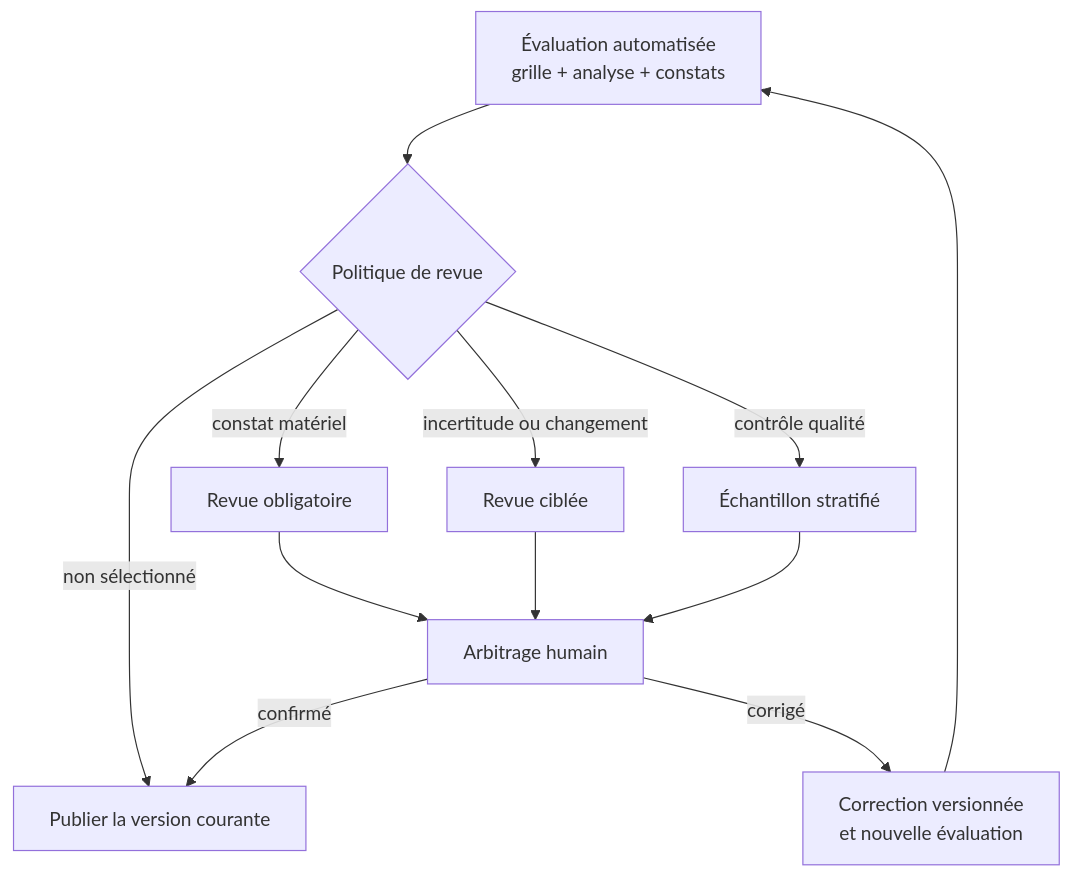
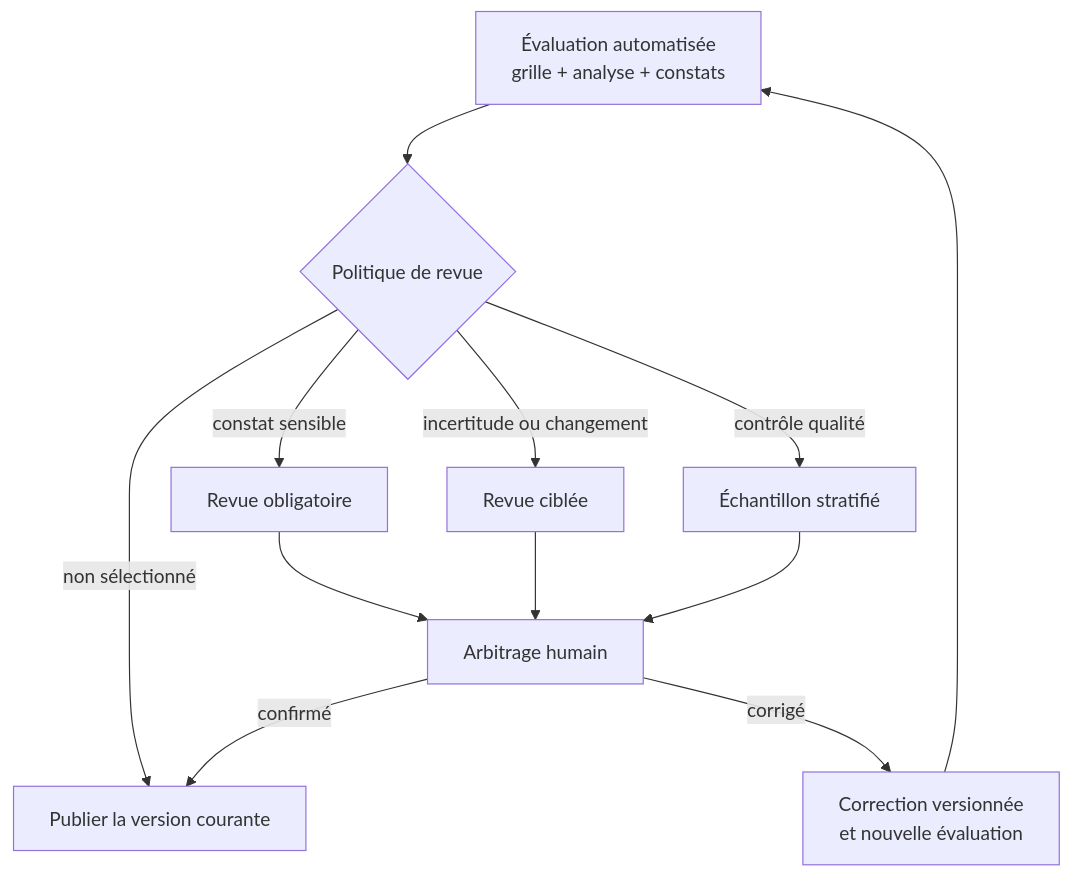
One commit to NickChaps/Open-AIRS changed the diagram in docs/fr/controle-qualite.md. Above: the diagram before and after it, drawn with Mermaid. The commit also changed other lines of this file and 58 other files, not shown here.

````diff
--- a/docs/fr/controle-qualite.md
+++ b/docs/fr/controle-qualite.md
@@ -14,14 +14,14 @@
 ```mermaid
 flowchart TB
     A["Évaluation automatisée<br/>grille + analyse + constats"] --> Q{"Politique de revue"}
-    Q -->|"constat matériel"| M["Revue obligatoire"]
+    Q -->|"constat sensible"| M["Revue obligatoire"]
     Q -->|"incertitude ou changement"| T["Revue ciblée"]
     Q -->|"contrôle qualité"| S["Échantillon stratifié"]
     Q -->|"non sélectionné"| P["Publier la version courante"]
     M --> H["Arbitrage humain"]
     T --> H
     S --> H
     H -->|"confirmé"| P
     H -->|"corrigé"| N["Correction versionnée<br/>et nouvelle évaluation"]
     N --> A
 ```
````
